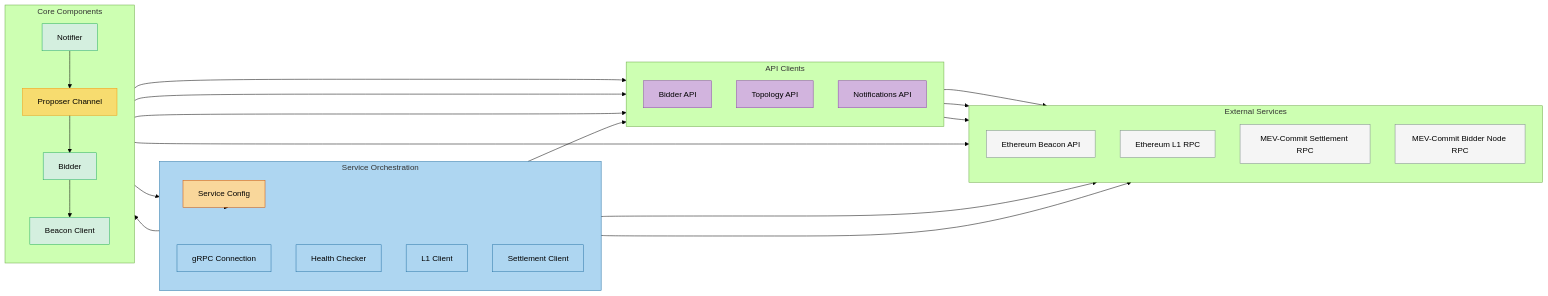
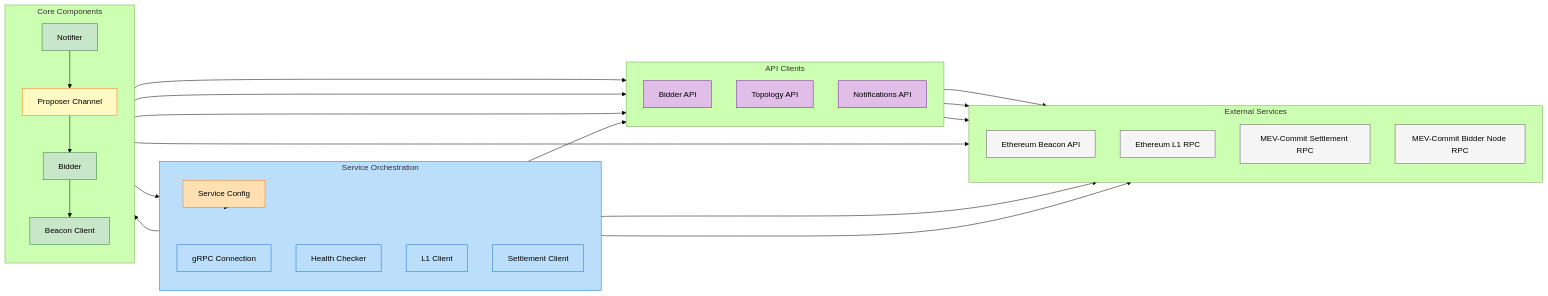
Before and after one commit to primev/mev-commit: the third of 5 diagrams in tools/bidder-bot/README.md, drawn with Mermaid (forest theme). The commit also changed other lines of this file, not shown here.

````diff
--- a/tools/bidder-bot/README.md
+++ b/tools/bidder-bot/README.md
@@ -98,70 +99,70 @@
 ```mermaid
 flowchart LR
     subgraph Service["Service Orchestration"]
         direction TB
         Config[Service Config]
         GRPCConn[gRPC Connection]
         HealthChecker[Health Checker]
         L1Client[L1 Client]
         SettlementClient[Settlement Client]
     end
     
     subgraph Core["Core Components"]
         direction TB
         Notifier[Notifier]
         Bidder[Bidder]
         BeaconClient[Beacon Client]
         
         ProposerChan[Proposer Channel]
         Notifier --> ProposerChan
         ProposerChan --> Bidder
         Bidder --> BeaconClient
     end
     
     subgraph API["API Clients"]
         direction TB
         BidderAPI[Bidder API]
         TopologyAPI[Topology API]
         NotificationsAPI[Notifications API]
     end
     
     subgraph External["External Services"]
         direction TB
         BeaconRPC[Ethereum Beacon API]
         EthRPC[Ethereum L1 RPC]
         SettlementRPC[MEV-Commit Settlement RPC]
         BidderRPC[MEV-Commit Bidder Node RPC]
     end
     
     %% Connections
     Config --> Service
     Service --> Core
     Service --> API
     
     BeaconClient --> BeaconRPC
     L1Client --> EthRPC
     SettlementClient --> SettlementRPC
     
     Notifier --> NotificationsAPI
     Bidder --> BidderAPI
     Bidder --> TopologyAPI
     Bidder --> L1Client
     
     NotificationsAPI --> BidderRPC
     BidderAPI --> BidderRPC
     TopologyAPI --> BidderRPC
     
-    classDef config fill:#f9d79b,stroke:#d35400,stroke-width:1px
-    classDef service fill:#aed6f1,stroke:#2874a6,stroke-width:1px
-    classDef core fill:#d4efdf,stroke:#27ae60,stroke-width:1px
-    classDef api fill:#d2b4de,stroke:#8e44ad,stroke-width:1px
-    classDef external fill:#f5f5f5,stroke:#7f8c8d,stroke-width:1px
-    classDef channel fill:#f7dc6f,stroke:#f39c12,stroke-width:1px
+    classDef config fill:#ffe0b2,stroke:#e67e22,stroke-width:1px
+    classDef service fill:#bbdefb,stroke:#1976d2,stroke-width:1px
+    classDef core fill:#c8e6c9,stroke:#2e7d32,stroke-width:1px
+    classDef api fill:#e1bee7,stroke:#7b1fa2,stroke-width:1px
+    classDef external fill:#f5f5f5,stroke:#616161,stroke-width:1px
+    classDef channel fill:#fff9c4,stroke:#f57f17,stroke-width:1px
     
     class Config config
     class Service,GRPCConn,HealthChecker,L1Client,SettlementClient service
     class Notifier,Bidder,BeaconClient core
     class BidderAPI,TopologyAPI,NotificationsAPI api
     class BeaconRPC,EthRPC,SettlementRPC,BidderRPC external
     class ProposerChan channel
 ```
````
